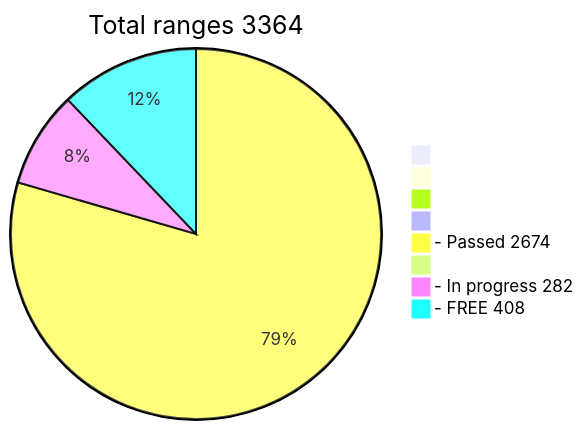
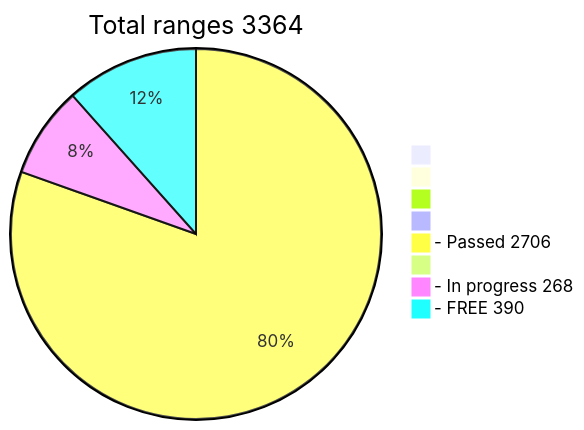
The diagram in README.md (phrutis/wif500), drawn with Mermaid before and after one commit.

````diff
--- a/README.md
+++ b/README.md
@@ -16,12 +16,12 @@
 ```mermaid
 pie title Total ranges 3364
              " " : 0
             "  " : 0
            "   " : 0
           "    " : 0
-  "- Passed 2674" : 2674
+  "- Passed 2706" : 2706
          "     " : 0
-  "- In progress 282" : 282
-   "- FREE 408" : 408
+  "- In progress 268" : 268
+   "- FREE 390" : 390
    
 ```
````
